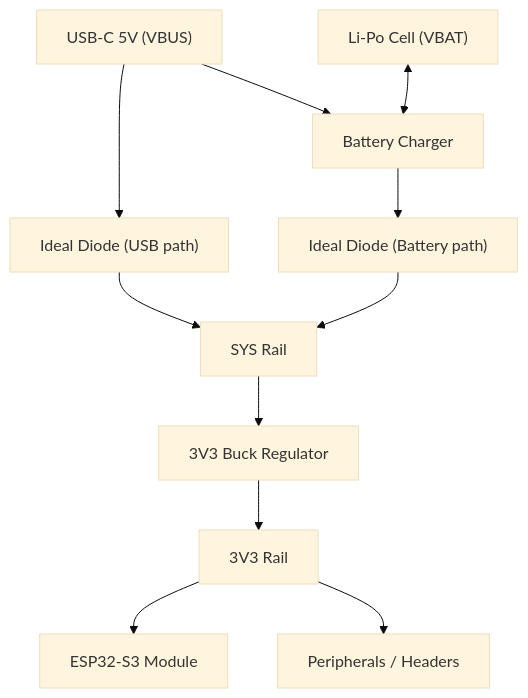
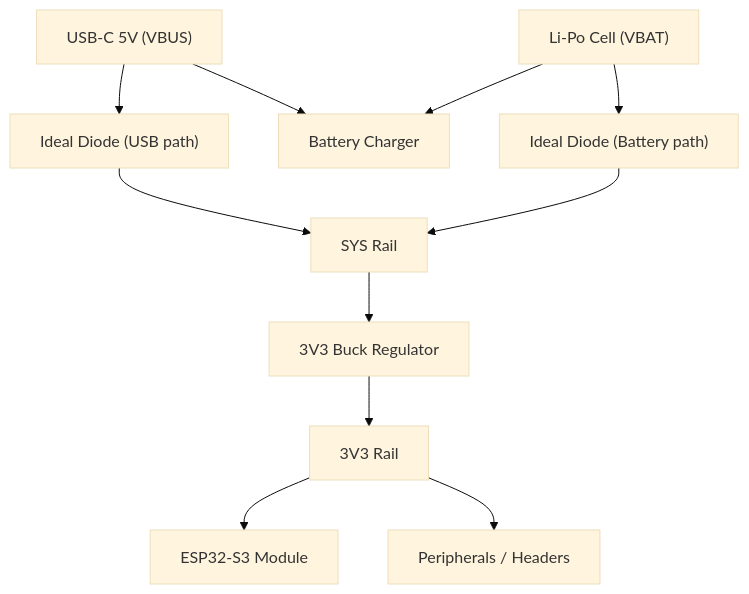
The diagram in docs/boards/nodifyr-s3-devboard/revA/power-tree.md (Bushido3403/nodifyr), drawn with Mermaid (base theme) before and after one commit.

Commit message:
Power Tree

````diff
--- a/docs/boards/nodifyr-s3-devboard/revA/power-tree.md
+++ b/docs/boards/nodifyr-s3-devboard/revA/power-tree.md
@@ -1,20 +1,20 @@
 ```mermaid
 flowchart TD
 %% Sources
 USB5V["USB-C 5V (VBUS)"] --> DUSB["Ideal Diode (USB path)"]
 USB5V --> CHG["Battery Charger"]
-VBAT["Li-Po Cell (VBAT)"] <--> CHG
+VBAT["Li-Po Cell (VBAT)"] --> CHG
 
 %% OR-ing into system rail
 DUSB --> SYS["SYS Rail"]
-DBAT["Ideal Diode (Battery path)"] --> SYS
-CHG --> DBAT
+VBAT --> DBAT["Ideal Diode (Battery path)"]
+DBAT --> SYS
 
 %% Regulation
 SYS --> BUCK["3V3 Buck Regulator"]
 BUCK --> V3V3["3V3 Rail"]
 
 %% Loads
 V3V3 --> MCU["ESP32-S3 Module"]
 V3V3 --> PERIPH["Peripherals / Headers"]
 ```
````
